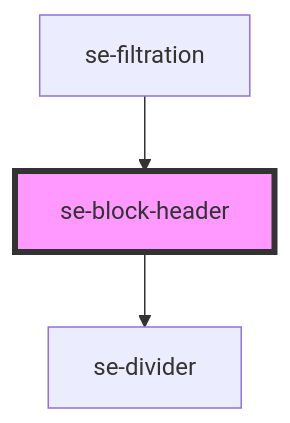
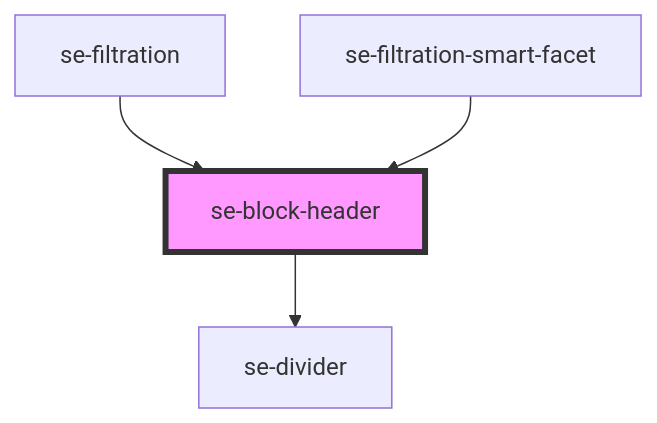
Before and after one commit to robbiemcmullense/se-web-ui: the diagram in libs/core/src/components/block-header/readme.md, drawn with Mermaid. The commit also changed other lines of this file and 87 other files, not shown here.

First line of the commit message:
Filtration smart (#486)

````diff
--- a/libs/core/src/components/block-header/readme.md
+++ b/libs/core/src/components/block-header/readme.md
@@ -31,6 +32,7 @@
 ```mermaid
 graph TD;
   se-block-header --> se-divider
   se-filtration --> se-block-header
+  se-filtration-smart-facet --> se-block-header
   style se-block-header fill:#f9f,stroke:#333,stroke-width:4px
 ```
````
